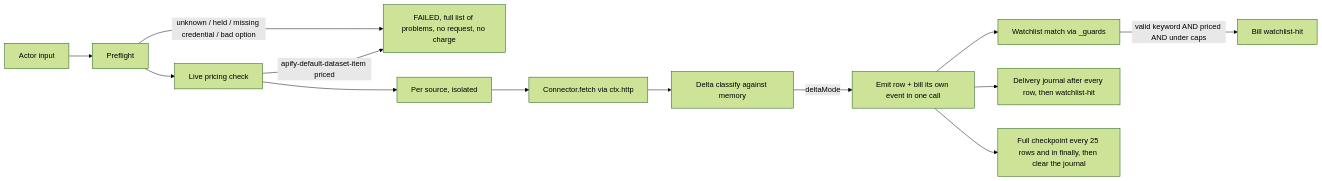
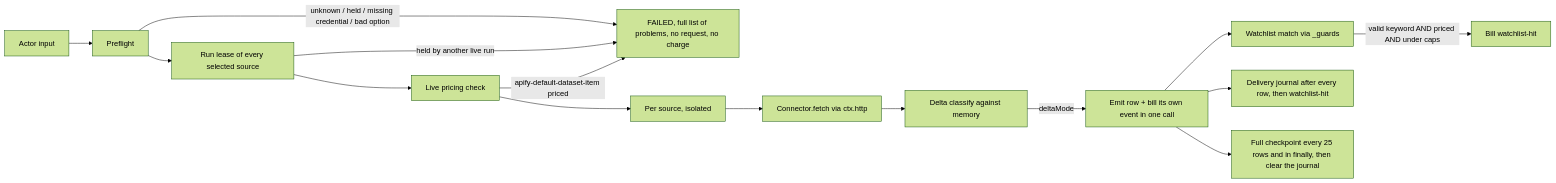
The diagram in docs/apify_portfolio_refactor_strategy_2026.md (stefanoseggio/awesome-regulatory-monitors), drawn with Mermaid (forest theme) before and after one commit. The commit also changed other lines of this file and 4 other files, not shown here.

````diff
--- a/docs/apify_portfolio_refactor_strategy_2026.md
+++ b/docs/apify_portfolio_refactor_strategy_2026.md
@@ -65,15 +65,17 @@
 ```mermaid
 flowchart LR
   I[Actor input] --> P[Preflight]
   P -->|unknown / held / missing credential / bad option| F[FAILED, full list of problems, no request, no charge]
-  P --> L[Live pricing check]
+  P --> Z[Run lease of every selected source]
+  Z -->|held by another live run| F
+  Z --> L[Live pricing check]
   L -->|apify-default-dataset-item priced| F
   L --> R[Per source, isolated]
   R --> C[Connector.fetch via ctx.http]
   C --> D[Delta classify against memory]
   D -->|deltaMode| E[Emit row + bill its own event in one call]
   E --> W[Watchlist match via _guards]
   W -->|valid keyword AND priced AND under caps| H[Bill watchlist-hit]
   E --> J[Delivery journal after every row, then watchlist-hit]
   E --> S[Full checkpoint every 25 rows and in finally, then clear the journal]
 ```
````
